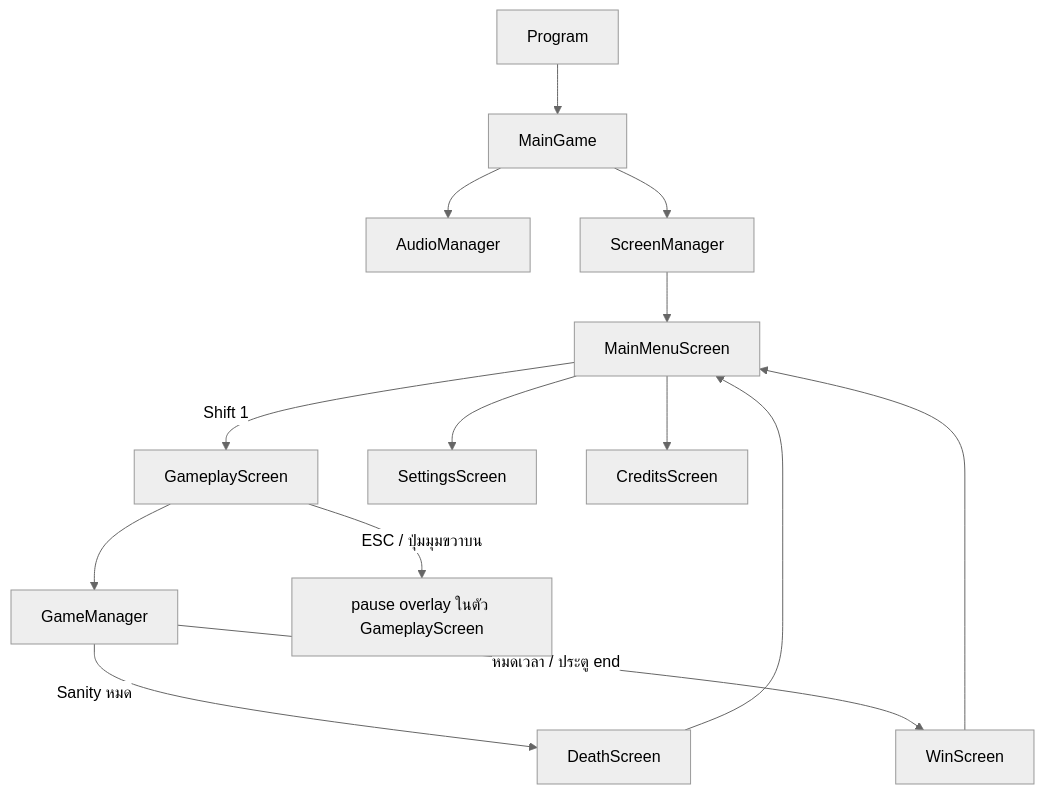
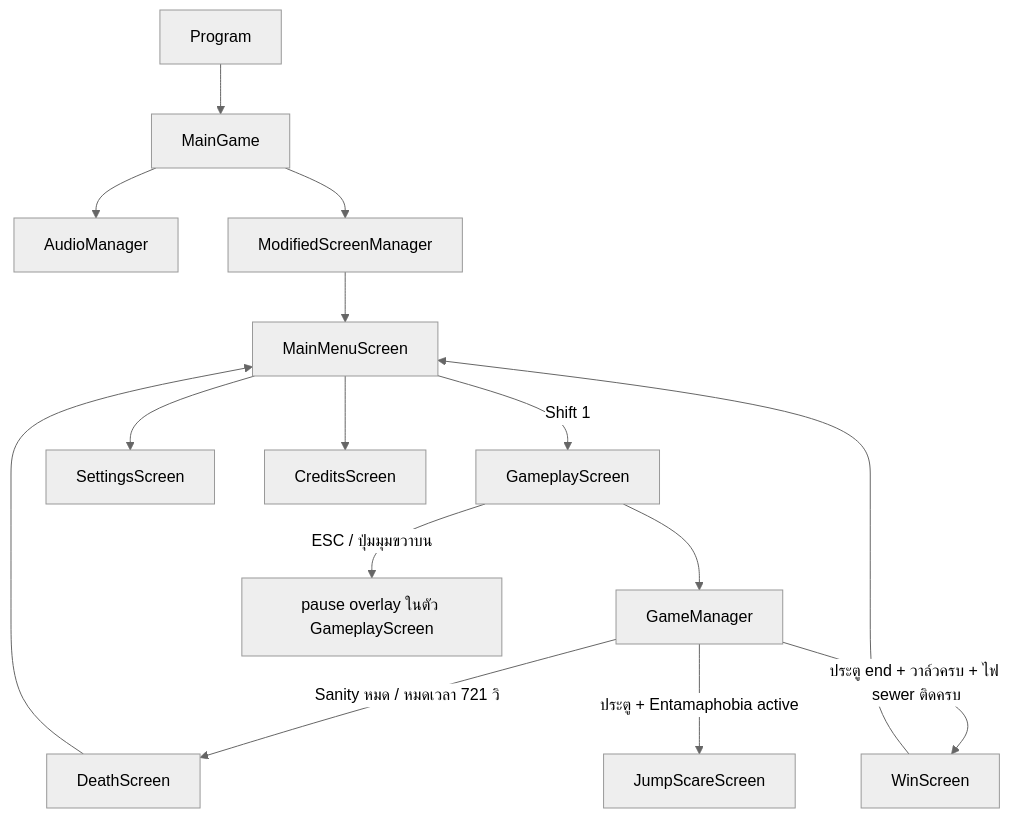
Before and after one commit to Sambopukkazz/DG225_CoreX: the first of 3 diagrams in docs/03_Software/01-system-design.md, drawn with Mermaid (neutral theme). The commit also changed other lines of this file and 21 other files, not shown here.

````diff
--- a/docs/03_Software/01-system-design.md
+++ b/docs/03_Software/01-system-design.md
@@ -20,16 +20,17 @@
 ```mermaid
 flowchart TD
     Program --> MainGame
     MainGame --> AudioManager
-    MainGame --> ScreenManager
-    ScreenManager --> MainMenuScreen
+    MainGame --> ModifiedScreenManager
+    ModifiedScreenManager --> MainMenuScreen
     MainMenuScreen -->|Shift 1| GameplayScreen
     MainMenuScreen --> SettingsScreen
     MainMenuScreen --> CreditsScreen
     GameplayScreen --> GameManager
     GameplayScreen -->|ESC / ปุ่มมุมขวาบน| PauseOverlay[pause overlay ในตัว GameplayScreen]
-    GameManager -->|Sanity หมด| DeathScreen
-    GameManager -->|หมดเวลา / ประตู end| WinScreen
+    GameManager -->|Sanity หมด / หมดเวลา 721 วิ| DeathScreen
+    GameManager -->|ประตู end + วาล์วครบ + ไฟ sewer ติดครบ| WinScreen
+    GameManager -->|ประตู + Entamaphobia active| JumpScareScreen
     DeathScreen --> MainMenuScreen
     WinScreen --> MainMenuScreen
 ```
````
